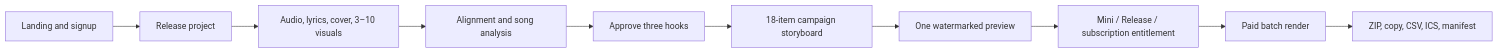
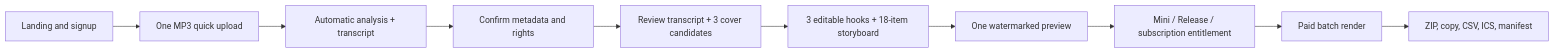
Before and after one commit to Tassadar2499/Hook2Stream: the diagram in doc/func-requirements/README.md, drawn with Mermaid. The commit also changed other lines of this file and 131 other files, not shown here.

````diff
--- a/doc/func-requirements/README.md
+++ b/doc/func-requirements/README.md
@@ -84,12 +90,12 @@
 ```mermaid
 flowchart LR
-    A["Landing and signup"] --> B["Release project"]
-    B --> C["Audio, lyrics, cover, 3–10 visuals"]
-    C --> D["Alignment and song analysis"]
-    D --> E["Approve three hooks"]
-    E --> F["18-item campaign storyboard"]
+    A["Landing and signup"] --> B["One MP3 quick upload"]
+    B --> C["Automatic analysis + transcript"]
+    C --> D["Confirm metadata and rights"]
+    D --> E["Review transcript + 3 cover candidates"]
+    E --> F["3 editable hooks + 18-item storyboard"]
     F --> G["One watermarked preview"]
     G --> H["Mini / Release / subscription entitlement"]
     H --> I["Paid batch render"]
     I --> J["ZIP, copy, CSV, ICS, manifest"]
 ```
````
